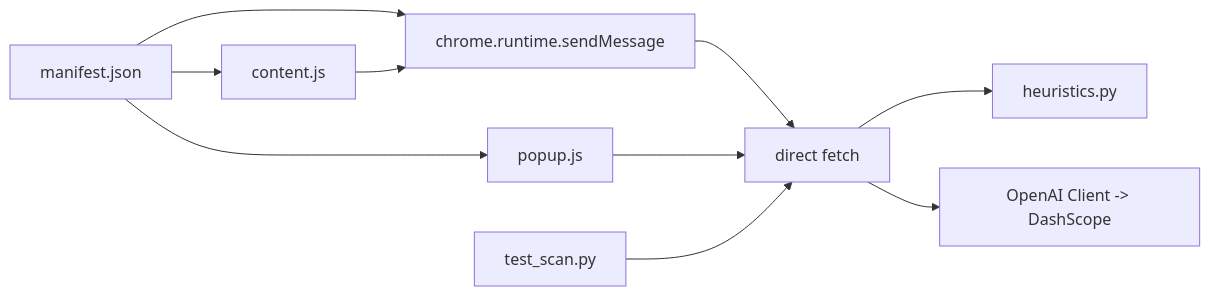
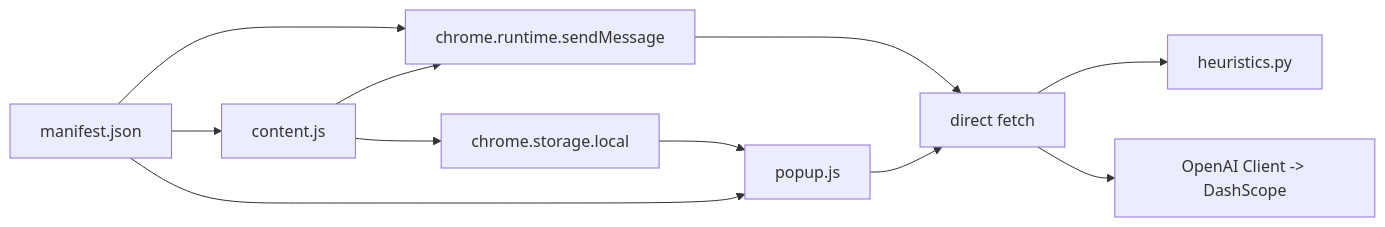
One commit to Aymanaahh/scrollguard-ai changed the eighth of 8 diagrams in .qoder/repowiki/en/content/Threat Detection Engine.md. Above: the diagram before and after it, drawn with Mermaid. The commit also changed other lines of this file and 34 other files, not shown here.

````diff
--- a/.qoder/repowiki/en/content/Threat Detection Engine.md
+++ b/.qoder/repowiki/en/content/Threat Detection Engine.md
@@ -372,12 +541,13 @@
 ```mermaid
 graph LR
 MAN["manifest.json"] --> BSW["background.js"]
 MAN --> CS["content.js"]
 MAN --> POPJS["popup.js"]
 CS --> BSW["chrome.runtime.sendMessage"]
+CS --> STORE["chrome.storage.local"]
+STORE --> POPJS
 BSW --> API["main.py"]
 POPJS --> API["direct fetch"]
 API --> HEUR["heuristics.py"]
 API --> OPENAI["OpenAI Client -> DashScope"]
-TEST["test_scan.py"] --> API
 ```
````
